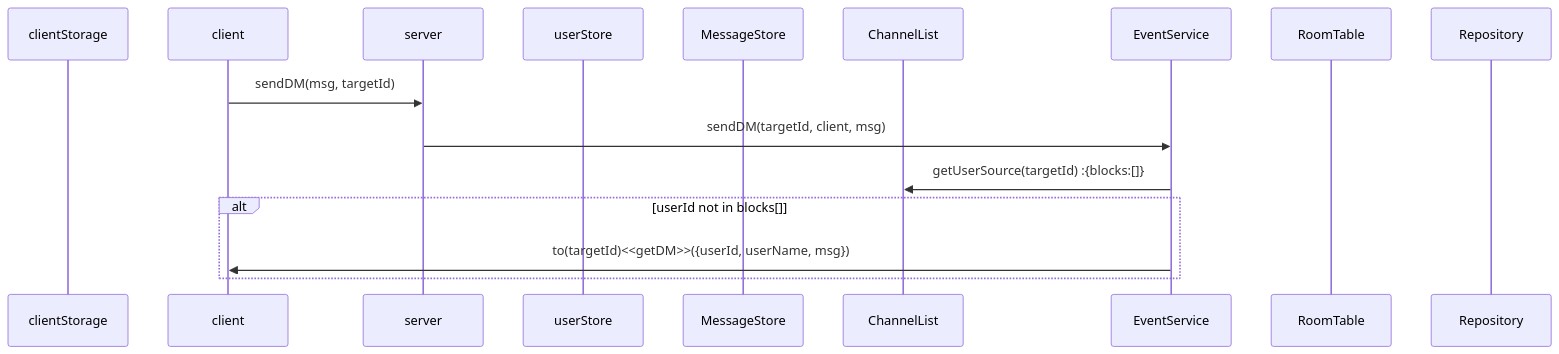
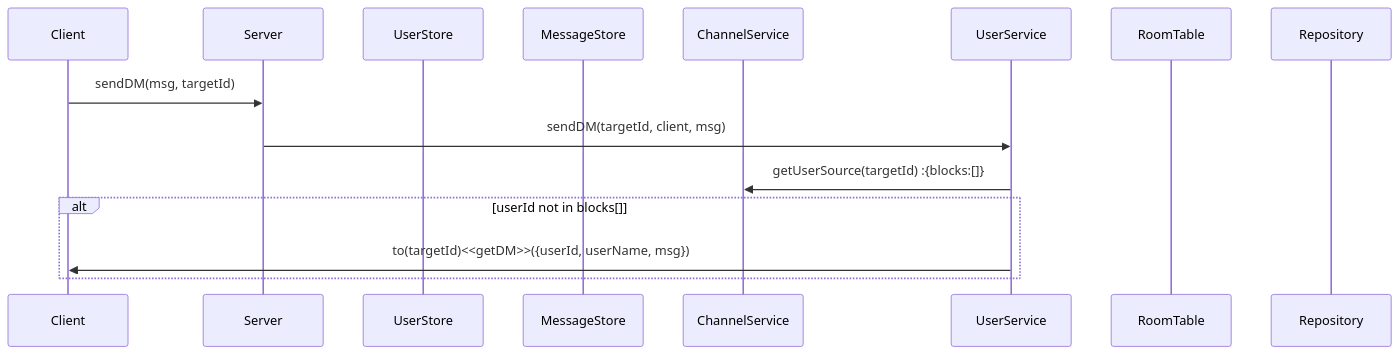
Before and after one commit to mtak0235/simmons_transcendence: the eighth of 20 diagrams in backend/node/app/event.md, drawn with Mermaid. The commit also changed other lines of this file, not shown here.

Commit message:
refactor: 백엔드 소켓 시퀀스 다이어그램 순서 정리 & 요청 응답 값 구체화

````diff
--- a/backend/node/app/event.md
+++ b/backend/node/app/event.md
@@ -236,19 +337,18 @@
 ```mermaid
 sequenceDiagram
-participant cls as clientStorage
-participant c as client
-participant ga as server
-participant ss as userStore
+participant c as Client
+participant ga as Server
+participant ss as UserStore
 participant ms as MessageStore
-participant cns as ChannelList
-participant cs as EventService
+participant cns as ChannelService
+participant us as UserService
 participant rt as RoomTable
 participant r as Repository
 
 c->>ga: sendDM(msg, targetId)
-ga->>cs: sendDM(targetId, client, msg)
-cs->>cns: getUserSource(targetId) :{blocks:[]}
+ga->>us: sendDM(targetId, client, msg)
+us->>cns: getUserSource(targetId) :{blocks:[]}
 alt userId not in blocks[]
-cs->>c: to(targetId)<<getDM>>({userId, userName, msg})
+us->>c: to(targetId)<<getDM>>({userId, userName, msg})
 end
 ```
````
